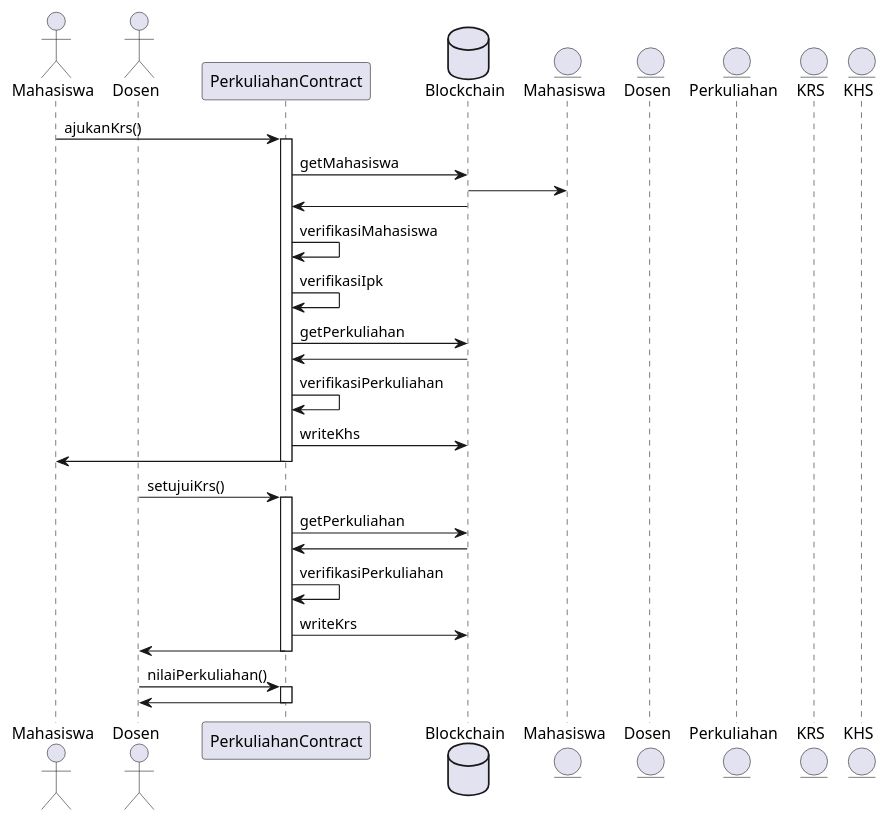
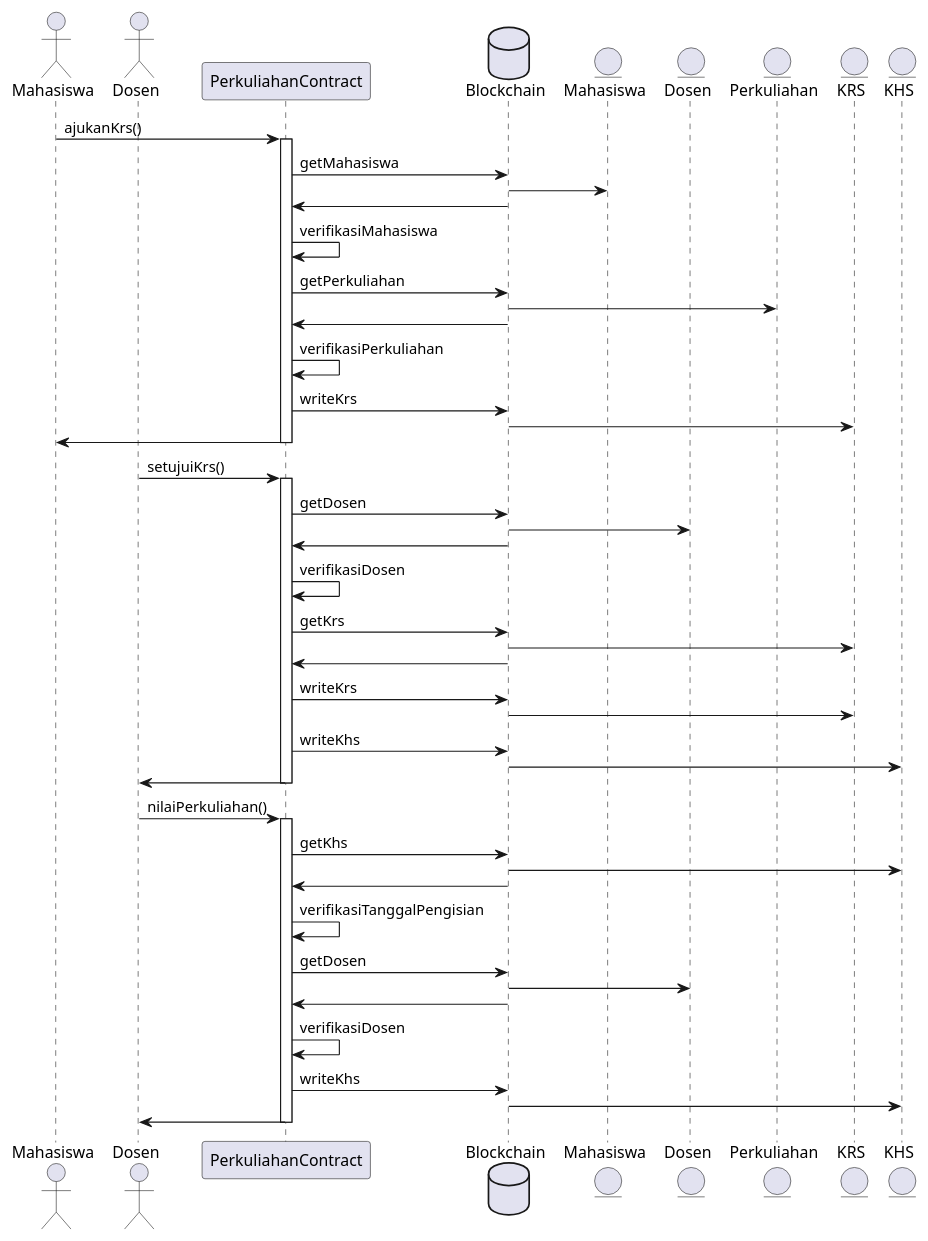
The diagram in documentation/kuliah.puml (herbertabdillah/skripsi-contract-new), drawn with PlantUML before and after one commit.

```diff
--- a/documentation/kuliah.puml
+++ b/documentation/kuliah.puml
@@ -1,45 +1,73 @@
 @startuml
 actor       Mahasiswa       as mhs
 actor       Dosen       as dosen
 'participant FE.BE.DB as mid
 participant PerkuliahanContract as perkuliahan
 database    Blockchain      as bc
 entity      Mahasiswa      as mhsState
 entity      Dosen      as dosenState
 entity      Perkuliahan      as perkuliahanState
 entity      KRS      as krs
 entity      KHS      as khs
 
 mhs -> perkuliahan : ajukanKrs()
 activate perkuliahan
+
 perkuliahan -> bc : getMahasiswa
 bc -> mhsState
 bc -> perkuliahan
 perkuliahan -> perkuliahan : verifikasiMahasiswa
-perkuliahan -> perkuliahan : verifikasiIpk
 
 perkuliahan -> bc : getPerkuliahan
+bc -> perkuliahanState
 bc -> perkuliahan
 perkuliahan -> perkuliahan : verifikasiPerkuliahan
 
-perkuliahan -> bc : writeKhs
+perkuliahan -> bc : writeKrs
+bc -> krs
 perkuliahan -> mhs
 deactivate perkuliahan
 '============================================
 dosen -> perkuliahan : setujuiKrs()
 activate perkuliahan
 
-perkuliahan -> bc : getPerkuliahan
+perkuliahan -> bc : getDosen
+bc -> dosenState
 bc -> perkuliahan
-perkuliahan -> perkuliahan : verifikasiPerkuliahan
+perkuliahan -> perkuliahan : verifikasiDosen
+
+perkuliahan -> bc : getKrs
+bc -> krs
+bc -> perkuliahan
 
 perkuliahan -> bc : writeKrs
+bc -> krs
+
+perkuliahan -> bc : writeKhs
+bc -> khs
+
 perkuliahan -> dosen
 deactivate perkuliahan
+
 '============================================
 dosen -> perkuliahan : nilaiPerkuliahan()
 activate perkuliahan
+
+perkuliahan -> bc : getKhs
+bc -> khs
+bc -> perkuliahan
+
+perkuliahan -> perkuliahan : verifikasiTanggalPengisian
+
+perkuliahan -> bc : getDosen
+bc -> dosenState
+bc -> perkuliahan
+perkuliahan -> perkuliahan : verifikasiDosen
+
+perkuliahan -> bc : writeKhs
+bc -> khs
+
 perkuliahan -> dosen
 deactivate perkuliahan
 
 @enduml
```
